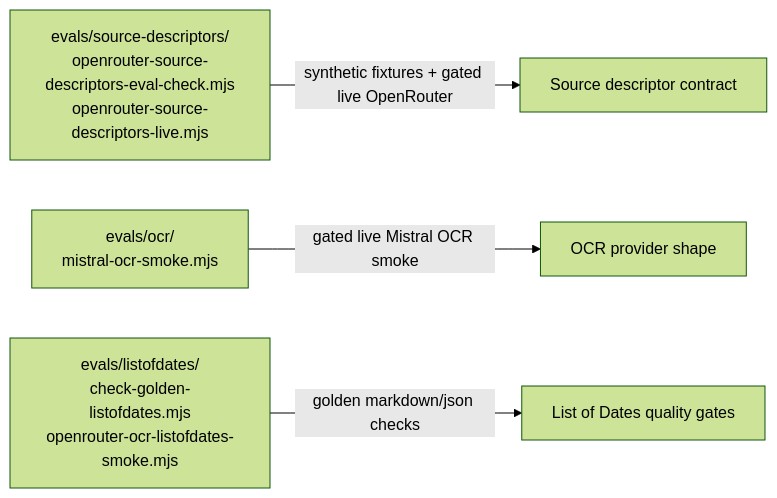
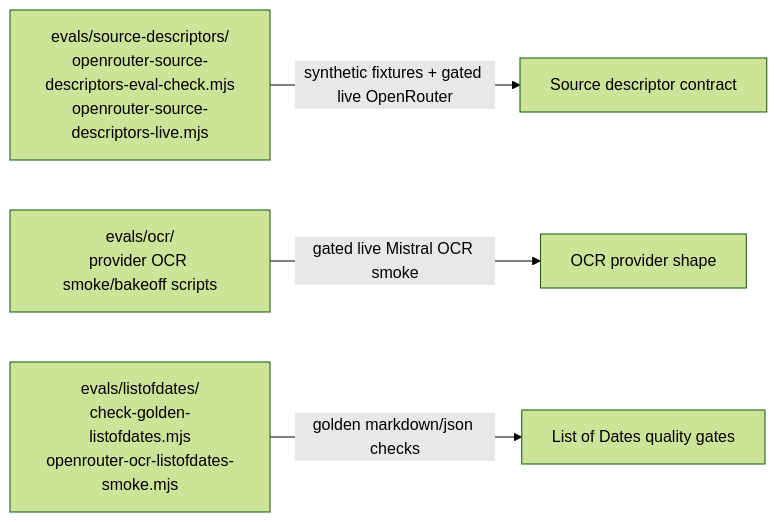
Before and after one commit to molotovsingh/matter-workbench: the third of 3 diagrams in docs/codebase-diagram.md, drawn with Mermaid (forest theme). The commit also changed other lines of this file and 11 other files, not shown here.

````diff
--- a/docs/codebase-diagram.md
+++ b/docs/codebase-diagram.md
@@ -252,10 +286,10 @@
 ```mermaid
 flowchart LR
   SourceEval["evals/source-descriptors/<br/>openrouter-source-descriptors-eval-check.mjs<br/>openrouter-source-descriptors-live.mjs"]
-  OcrSmoke["evals/ocr/<br/>mistral-ocr-smoke.mjs"]
+  OcrSmoke["evals/ocr/<br/>provider OCR smoke/bakeoff scripts"]
   LodEval["evals/listofdates/<br/>check-golden-listofdates.mjs<br/>openrouter-ocr-listofdates-smoke.mjs"]
 
   SourceEval -->|"synthetic fixtures + gated live OpenRouter"| SourceContract["Source descriptor contract"]
   OcrSmoke -->|"gated live Mistral OCR smoke"| OcrContract["OCR provider shape"]
   LodEval -->|"golden markdown/json checks"| LodContract["List of Dates quality gates"]
 ```
````
